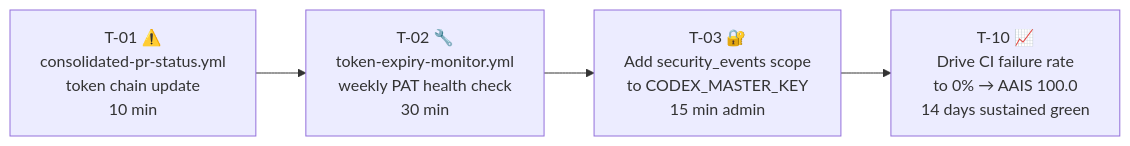
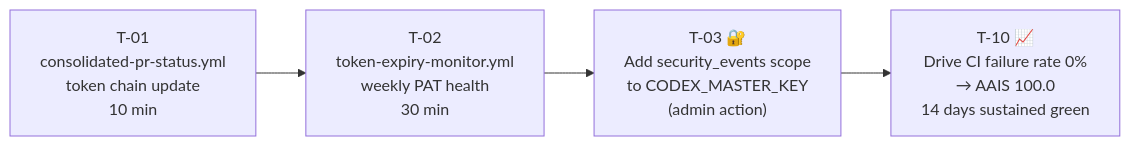
Before and after one commit to Aries-Serpent/_codex_: the second of 3 diagrams in docs/roadmap/PR4346_whats_next.md, drawn with Mermaid. The commit also changed other lines of this file and 3 other files, not shown here.

First line of the commit message:
docs(s859): final living docs v2 — CI snapshot, CHANGELOG+accountability final, session diagram 7 Mermaid

````diff
--- a/docs/roadmap/PR4346_whats_next.md
+++ b/docs/roadmap/PR4346_whats_next.md
@@ -42,6 +55,6 @@
 ```mermaid
 flowchart LR
-    A["T-01 ⚠️\nconsolidated-pr-status.yml\ntoken chain update\n10 min"] --> B["T-02 🔧\ntoken-expiry-monitor.yml\nweekly PAT health check\n30 min"]
-    B --> C["T-03 🔐\nAdd security_events scope\nto CODEX_MASTER_KEY\n15 min admin"]
-    C --> D["T-10 📈\nDrive CI failure rate\nto 0% → AAIS 100.0\n14 days sustained green"]
+    A["T-01\nconsolidated-pr-status.yml\ntoken chain update\n10 min"] --> B["T-02\ntoken-expiry-monitor.yml\nweekly PAT health\n30 min"]
+    B --> C["T-03 🔐\nAdd security_events scope\nto CODEX_MASTER_KEY\n(admin action)"]
+    C --> D["T-10 📈\nDrive CI failure rate 0%\n→ AAIS 100.0\n14 days sustained green"]
 ```
````
